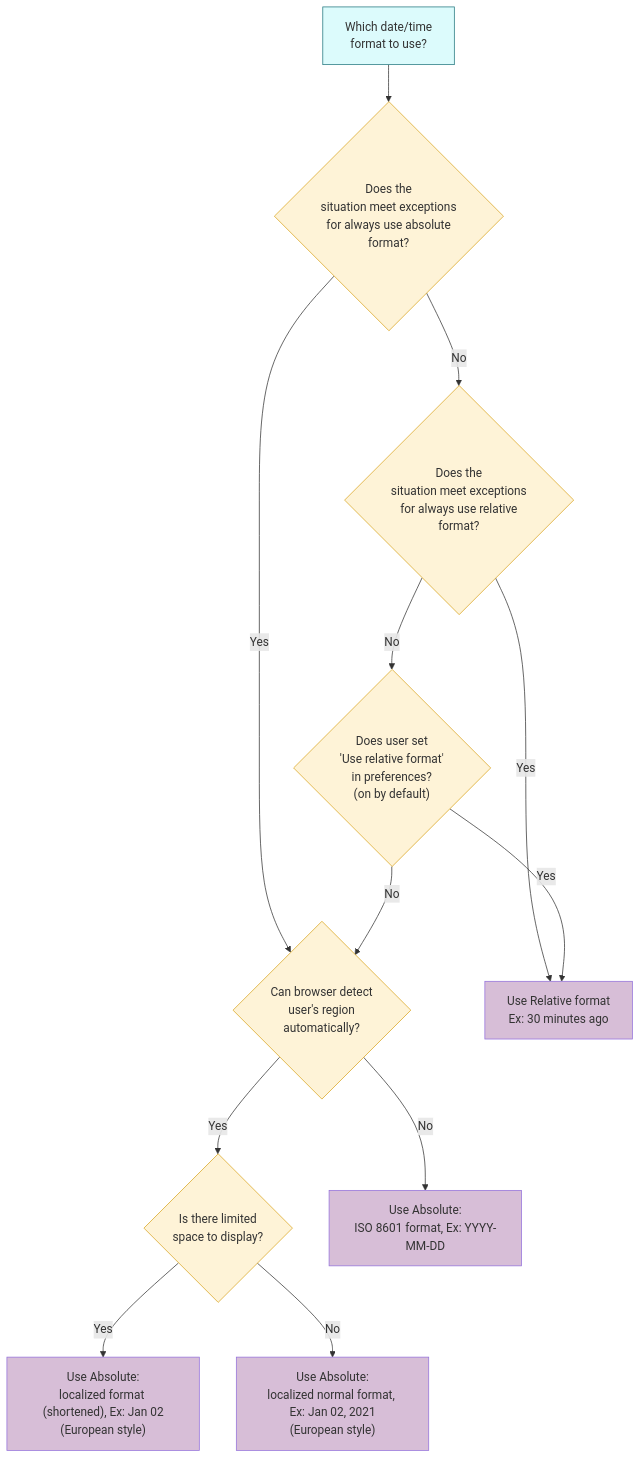
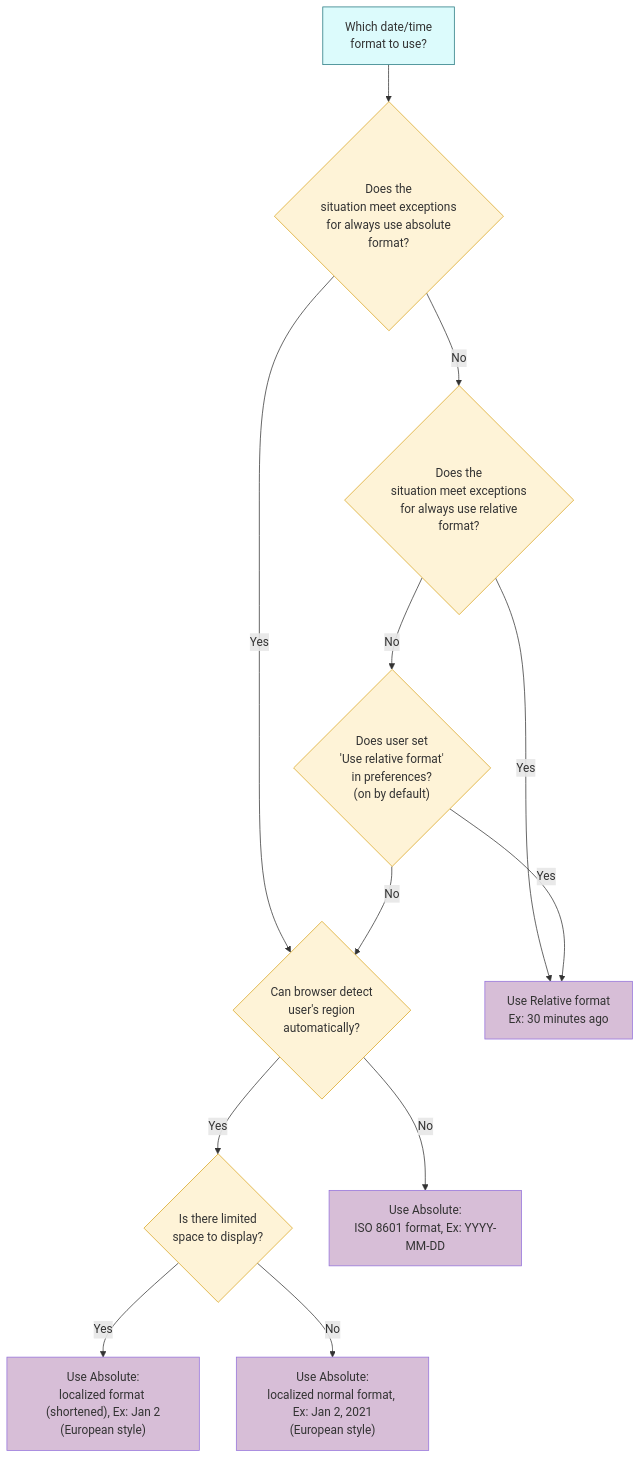
One commit to khulnasoft-lab/design.khulnasoft.com changed the diagram in contents/content/date-and-time.md. Above: the diagram before and after it, drawn with Mermaid. The commit also changed other lines of this file, not shown here.

Commit message:
feat(date): change from 03 to 3 for date format

````diff
--- a/contents/content/date-and-time.md
+++ b/contents/content/date-and-time.md
@@ -34,29 +34,29 @@
 ```mermaid
 graph TD
     A["Which date/time<br>format to use?"]:::start
     B{"Does the<br>situation meet exceptions<br>for always use absolute<br>format?"}:::decision
     C{"Does the<br>situation meet exceptions<br>for always use relative<br>format?"}:::decision
     D{"Does user set<br>'Use relative format'<br>in preferences?<br>(on by default)"}:::decision
     E{"Can browser detect<br>user's region<br>automatically?"}:::decision
     F{"Is there limited<br>space to display?"}:::decision
-    G["Use Absolute:<br>localized normal format, Ex: Jan 02, 2021<br>(European style)"]:::ending
-    H["Use Absolute:<br>localized format (shortened), Ex: Jan 02<br>(European style)"]:::ending
+    G["Use Absolute:<br>localized normal format, Ex: Jan 2, 2021<br>(European style)"]:::ending
+    H["Use Absolute:<br>localized format (shortened), Ex: Jan 2<br>(European style)"]:::ending
     I["Use Absolute:<br>ISO 8601 format, Ex: YYYY-MM-DD"]:::ending
     J["Use Relative format<br>Ex: 30 minutes ago"]:::ending
 
     A --> B
     B -->|Yes| E
     B -->|No| C
     C -->|Yes| J
     C -->|No| D
     D -->|Yes| J
     D -->|No| E
     E -->|Yes| F
     E -->|No| I
     F -->|Yes| H
     F -->|No| G
 
 classDef start fill:#DCFBFC, stroke:#20757D
 classDef decision fill:#FEF3D7, stroke:#DAA520
 classDef ending fill:#D7BED7, stroke:#63397
 ```
````
